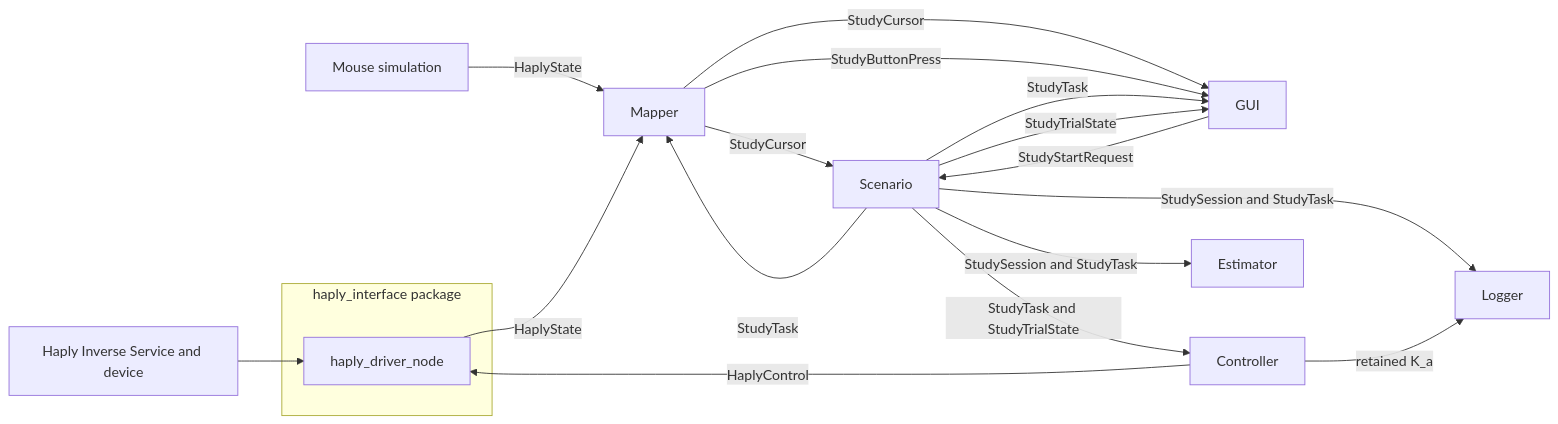
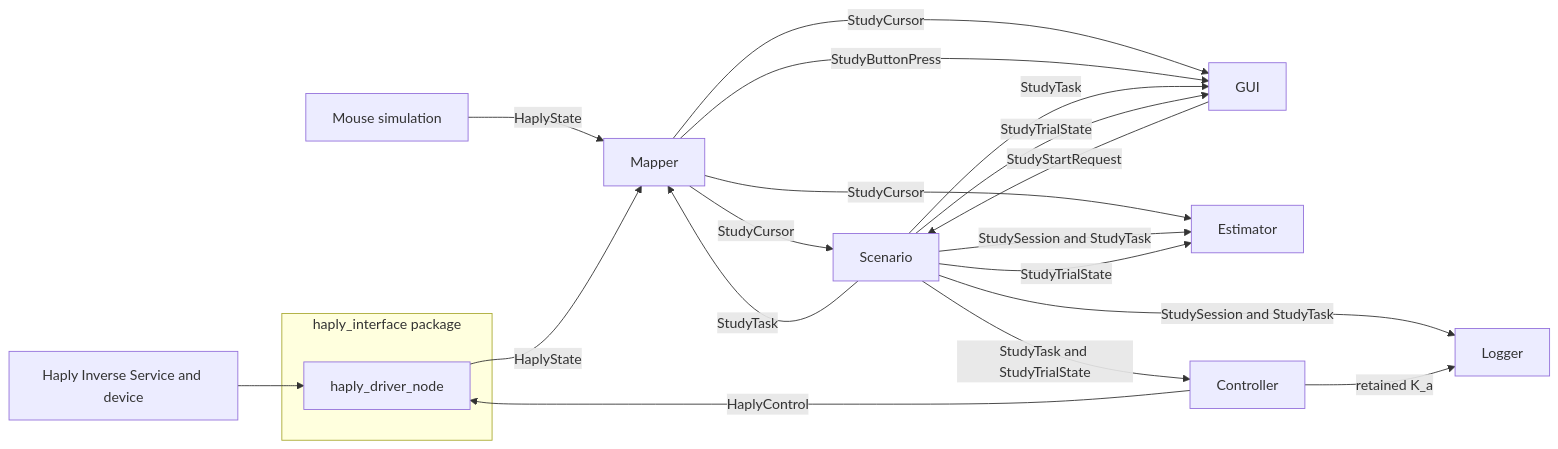
The diagram in src/README.md (ltorquato4/HaplyAdaptiveSharedControl), drawn with Mermaid before and after one commit. The commit also changed other lines of this file and 2 other files, not shown here.

Commit message:
81 fine tune estimator (#82)
* reset after new study phase

* Adjust forgetting factor

* Adjust forgetting factor

* Update Architecture doc

* Remove unnecessary lines

* adjusted readme to changes within the estimator

---------

````diff
--- a/src/README.md
+++ b/src/README.md
@@ -23,21 +23,23 @@
 ```mermaid
 flowchart LR
     Hardware["Haply Inverse Service and device"] --> Driver
     Mouse["Mouse simulation"] -->|"HaplyState"| Mapper
     subgraph HaplyInterface["haply_interface package"]
         Driver["haply_driver_node"]
     end
     Driver -->|"HaplyState"| Mapper
     Mapper -->|"StudyCursor"| Scenario
     Mapper -->|"StudyCursor"| GUI
+    Mapper -->|"StudyCursor"| Estimator
     Mapper -->|"StudyButtonPress"| GUI
     Scenario -->|"StudyTask"| Mapper
     Scenario -->|"StudyTask"| GUI
+    Scenario -->|"StudySession and StudyTask"| Estimator
+    Scenario -->|"StudyTrialState"| Estimator
     Scenario -->|"StudyTask and StudyTrialState"| Controller
-    Scenario -->|"StudySession and StudyTask"| Estimator
     Scenario -->|"StudySession and StudyTask"| Logger
     Controller -->|"retained K_a"| Logger
     GUI -->|"StudyStartRequest"| Scenario
     Scenario -->|"StudyTrialState"| GUI
     Controller -->|"HaplyControl"| Driver
 ```
````
